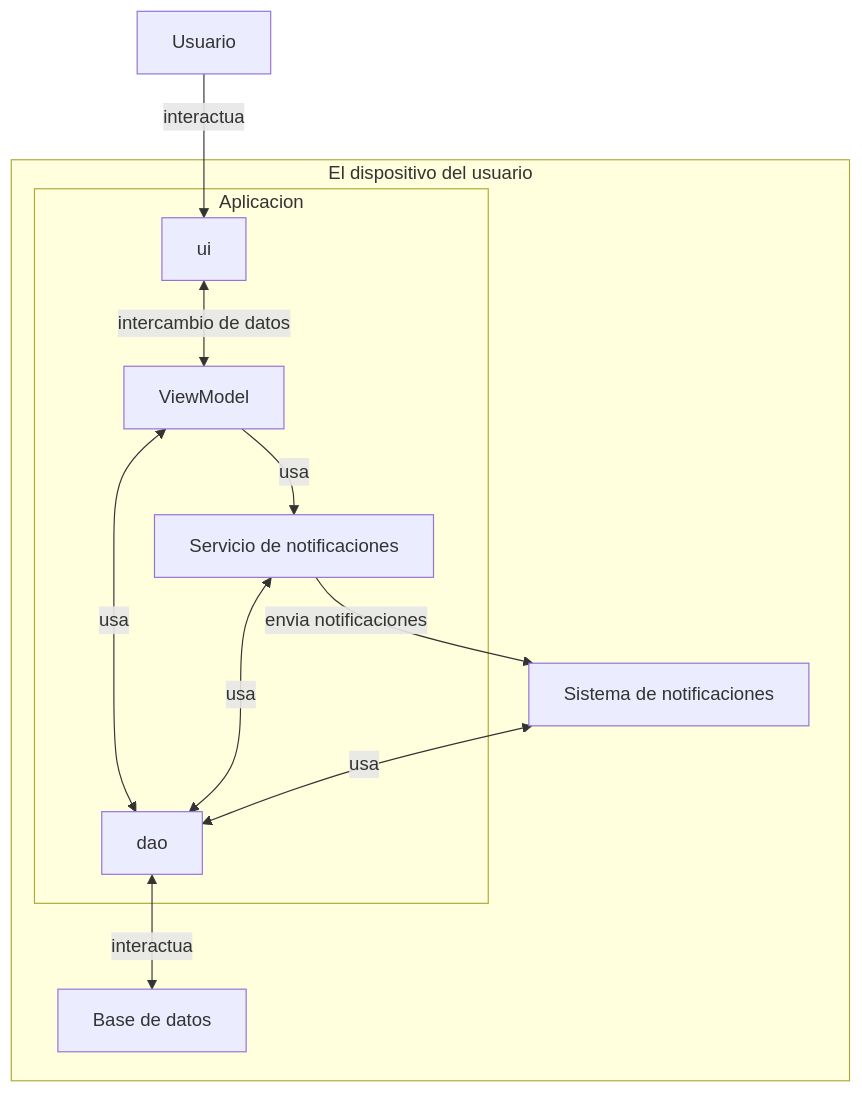
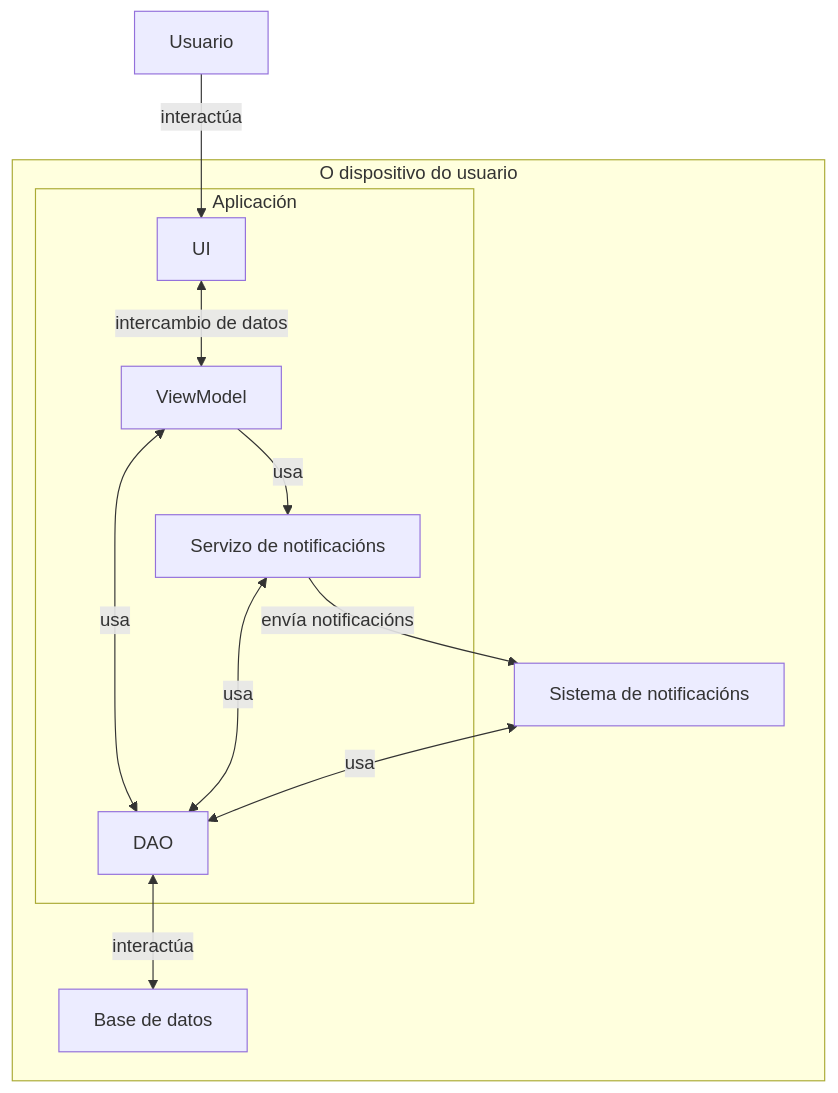
The first of 4 diagrams in doc/templates/3_deseño.md (a19albertons/Tus-Tareas), drawn with Mermaid before and after one commit. The commit also changed other lines of this file, not shown here.

````diff
--- a/doc/templates/3_deseño.md
+++ b/doc/templates/3_deseño.md
@@ -7,29 +7,29 @@
 ```mermaid
 flowchart TB
     %% tu
     Cliente[Usuario]
 
     %% app
-    subgraph El dispositivo del usuario
-        subgraph Aplicacion
-            ui[ui]
+    subgraph O dispositivo do usuario
+        subgraph Aplicación
+            ui[UI]
             ViewModel[ViewModel]
-            dao[dao]
-            ServicioDeNotificaciones[Servicio de notificaciones]
+            dao[DAO]
+            ServicioDeNotificaciones[Servizo de notificacións]
         end
-        SistemaDeNotificaciones[Sistema de notificaciones]
+        SistemaDeNotificaciones[Sistema de notificacións]
         BD[Base de datos]
     end
 
-    %% relaciones
-    Cliente --> |interactua| ui
+    %% relacións
+    Cliente --> |interactúa| ui
     ui <--> |intercambio de datos| ViewModel
     ViewModel <--> |usa| dao
-    dao <--> |interactua| BD
+    dao <--> |interactúa| BD
     ViewModel --> |usa| ServicioDeNotificaciones
-    ServicioDeNotificaciones --> |envia notificaciones| SistemaDeNotificaciones
+    ServicioDeNotificaciones --> |envía notificacións| SistemaDeNotificaciones
     ServicioDeNotificaciones <--> |usa| dao
     SistemaDeNotificaciones <--> |usa| dao
 
     
 ```
````
